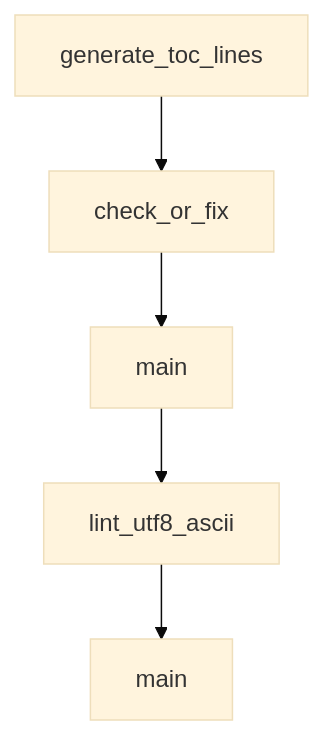
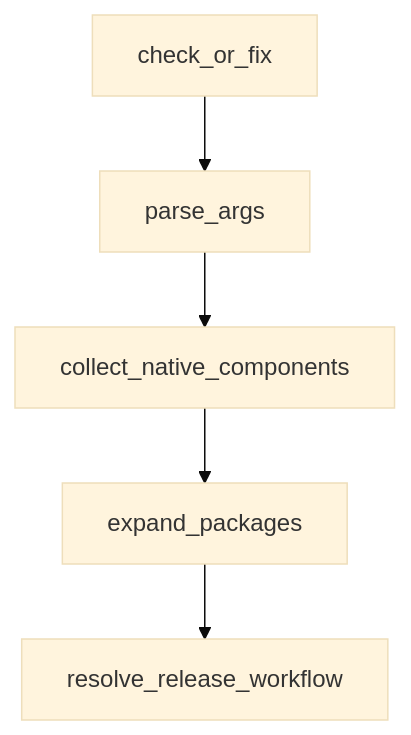
Before and after one commit to johnxie/awesome-code-docs: the diagram in tutorials/codex-cli-tutorial/03-authentication-and-model-configuration.md, drawn with Mermaid (base theme). The commit also changed other lines of this file and 1232 other files, not shown here.

````diff
--- a/tutorials/codex-cli-tutorial/03-authentication-and-model-configuration.md
+++ b/tutorials/codex-cli-tutorial/03-authentication-and-model-configuration.md
@@ -212,12 +210,12 @@
 ```mermaid
 flowchart TD
-    A[generate_toc_lines]
-    B[check_or_fix]
-    C[main]
-    D[lint_utf8_ascii]
-    E[main]
+    A[check_or_fix]
+    B[parse_args]
+    C[collect_native_components]
+    D[expand_packages]
+    E[resolve_release_workflow]
     A --> B
     B --> C
     C --> D
     D --> E
 ```
````
